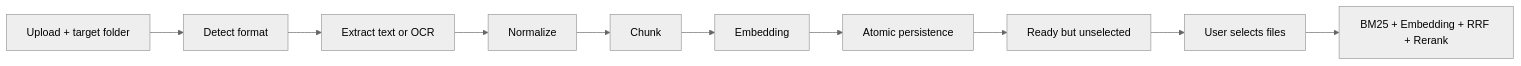
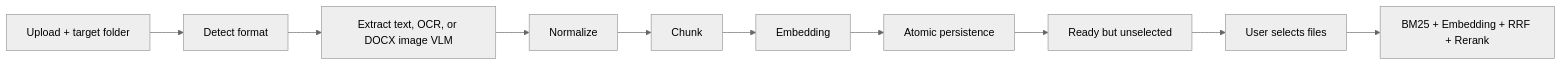
Before and after one commit to Ryan1998-0/Universal-RAG: the diagram in docs/multimodal-ingestion-pipeline.md, drawn with Mermaid (neutral theme). The commit also changed other lines of this file and 120 other files, not shown here.

````diff
--- a/docs/multimodal-ingestion-pipeline.md
+++ b/docs/multimodal-ingestion-pipeline.md
@@ -44,12 +44,12 @@
 ```mermaid
 flowchart LR
     A["Upload + target folder"] --> B["Detect format"]
-    B --> C["Extract text or OCR"]
+    B --> C["Extract text, OCR, or DOCX image VLM"]
     C --> D["Normalize"]
     D --> E["Chunk"]
     E --> F["Embedding"]
     F --> G["Atomic persistence"]
     G --> H["Ready but unselected"]
     H --> I["User selects files"]
     I --> J["BM25 + Embedding + RRF + Rerank"]
 ```
````
